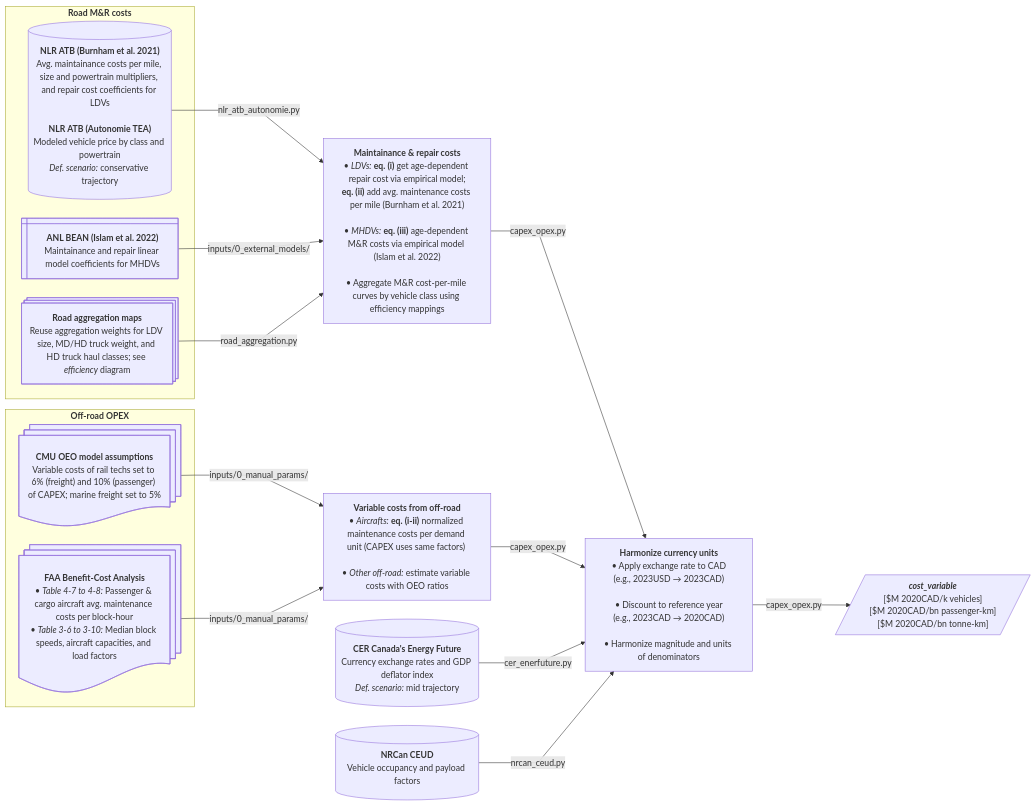
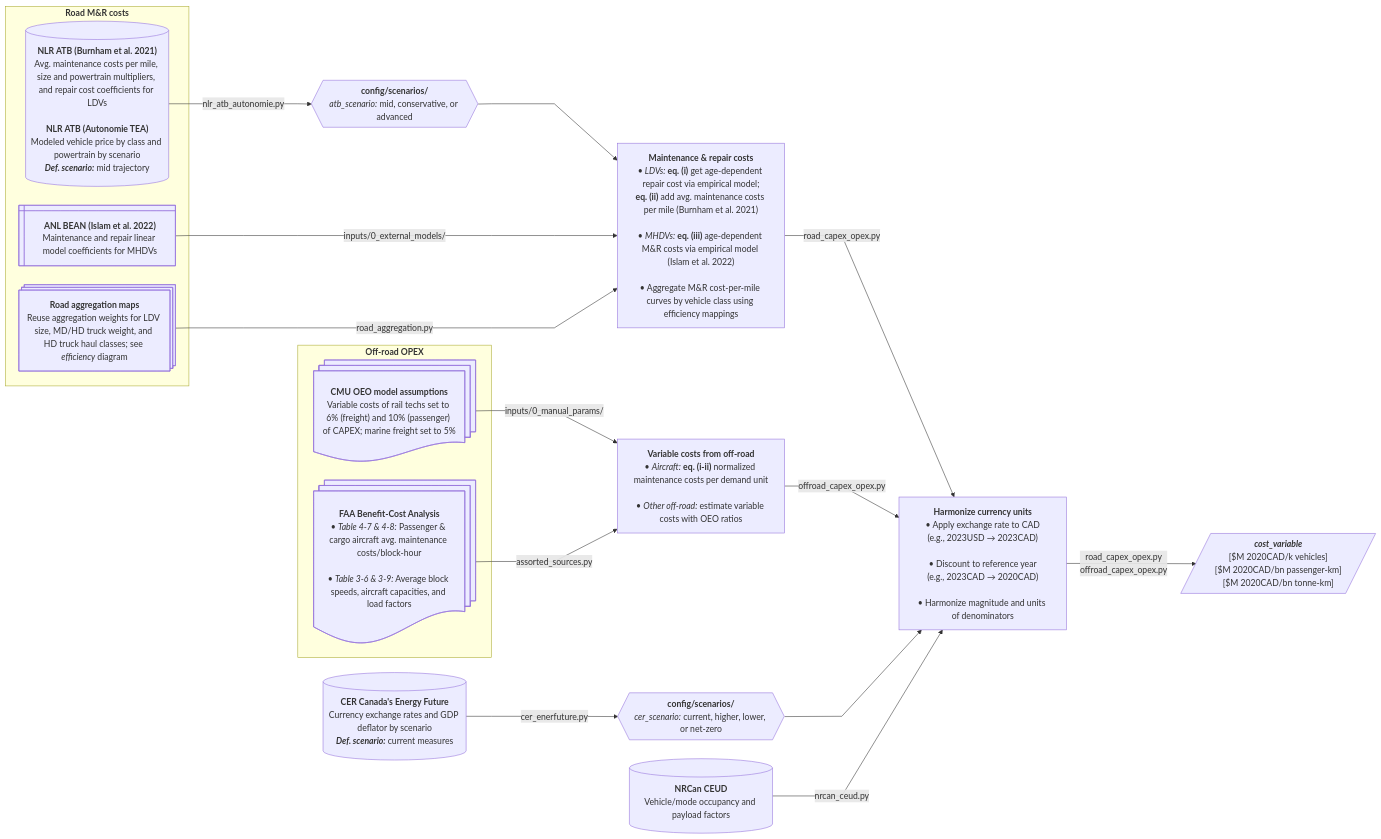
The tenth of 14 diagrams in README.md (CANOE-main/canoe-transportation), drawn with Mermaid before and after one commit. The commit also changed other lines of this file and 14 other files, not shown here.

```diff
--- a/README.md
+++ b/README.md
@@ -625,38 +896,71 @@
     curve: linear
 ---
 flowchart LR
+  %% ############ Sources ###########
   subgraph offroad["`**Off-road OPEX**`"]
-	  %% --- Sources ---
-	  s7@{shape: docs, label: "**CMU OEO model assumptions**<br>Variable costs of rail techs set to 6% (freight) and 10% (passenger) of CAPEX; marine freight set to 5%"}
-	  s8@{shape: docs, label: "**FAA Benefit-Cost Analysis**<br>• *Table 4-7 to 4-8:* Passenger & cargo aircraft avg. maintenance costs per block-hour<br>• *Table 3-6 to 3-10:* Median block speeds, aircraft capacities, and load factors"}
+    s7@{shape: docs, label: "**CMU OEO model assumptions**
+      Variable costs of rail techs set to 6% (freight) and 10% (passenger) of CAPEX; marine freight set to 5%"}
+    s8@{shape: docs, label: "**FAA Benefit-Cost Analysis**
+      • *Table 4-7 & 4-8:* Passenger & cargo aircraft avg. maintenance costs/block-hour<br>
+      • *Table 3-6 & 3-9:* Average block speeds, aircraft capacities, and load factors"}
   end
 
-  %% --- Processes ---
-  p3["`**Variable costs from off-road**<br>• *Aircrafts:* **eq. (i-ii)** normalized maintenance costs per demand unit (CAPEX uses same factors) <br><br>• *Other off-road:* estimate variable costs with OEO ratios`"]
-  s7 & s8 -- inputs/0_manual_params/ --> p3
+  %% ############ Processes ###########
+  p3["`**Variable costs from off-road**
+    • *Aircraft:* **eq. (i-ii)** normalized maintenance costs per demand unit<br>
+    • *Other off-road:* estimate variable costs with OEO ratios`"]
+  s7 -- inputs/0_manual_params/ --> p3
+  s8 -- assorted_sources.py --> p3
 
+  %% ############ Sources ###########
   subgraph road["`**Road M&R costs**`"]
-	  %% --- Sources ---
-	  s1@{shape: processes, label: "**Road aggregation maps**<br>Reuse aggregation weights for LDV size, MD/HD truck weight, and HD truck haul classes; see *efficiency* diagram"}
-	  s2[("`**NLR ATB (Burnham et al. 2021)**<br>Avg. maintainance costs per mile, size and powertrain multipliers, and repair cost coefficients for LDVs<br><br>**NLR ATB (Autonomie TEA)**<br>Modeled vehicle price by class and powertrain<br>*Def. scenario:* conservative trajectory`")]
-	  s3@{shape: win-pane, label: "**ANL BEAN (Islam et al. 2022)**<br>Maintainance and repair linear model coefficients for MHDVs"}
+    s1@{shape: processes, label: "**Road aggregation maps**
+      Reuse aggregation weights for LDV size, MD/HD truck weight, and HD truck haul classes; see *efficiency* diagram"}
+    s2[("`**NLR ATB (Burnham et al. 2021)**
+      Avg. maintenance costs per mile, size and powertrain multipliers, and repair cost coefficients for LDVs<br>
+      **NLR ATB (Autonomie TEA)**
+      Modeled vehicle price by class and powertrain by scenario
+      ***Def. scenario:*** mid trajectory`")]
+    s3@{shape: win-pane, label: "**ANL BEAN (Islam et al. 2022)**
+      Maintenance and repair linear model coefficients for MHDVs"}
   end
 
-  %% --- Processes ---
-  p2["`**Maintainance & repair costs**<br>• *LDVs:* **eq. (i)** get age-dependent repair cost via empirical model;<br>**eq. (ii)** add avg. maintenance costs per mile (Burnham et al. 2021)<br><br>• *MHDVs:* **eq. (iii)** age-dependent M&R costs via empirical model (Islam et al. 2022)<br><br>• Aggregate M&R cost-per-mile curves by vehicle class using efficiency mappings`"]
-  s2 -- nlr_atb_autonomie.py --> p2
+  %% ############ Processes ###########
+  p0_2@{shape: hex, label: "**config/scenarios/**
+    *atb_scenario:* mid, conservative, or advanced"}
+  p2["`**Maintenance & repair costs**
+    • *LDVs:* **eq. (i)** get age-dependent repair cost via empirical model;
+    **eq. (ii)** add avg. maintenance costs per mile (Burnham et al. 2021)<br>
+    • *MHDVs:* **eq. (iii)** age-dependent M&R costs via empirical model (Islam et al. 2022)<br>
+    • Aggregate M&R cost-per-mile curves by vehicle class using efficiency mappings`"]
+  s2 -- nlr_atb_autonomie.py --> p0_2 --> p2
   s3 -- inputs/0_external_models/ --> p2
   s1 -- road_aggregation.py --> p2
 
-  s0[("`**CER Canada's Energy Future**<br>Currency exchange rates and GDP deflator index<br>*Def. scenario:* mid trajectory`")]
-  s9[("`**NRCan CEUD**<br>Vehicle occupancy and payload factors`")]
-  p4["`**Harmonize currency units**<br>• Apply exchange rate to CAD<br>(e.g., 2023USD → 2023CAD)<br><br>• Discount to reference year<br>(e.g., 2023CAD → 2020CAD)<br><br>• Harmonize magnitude and units of denominators`"]
-  p2 -- capex_opex.py --> p4
-  p3 -- capex_opex.py --> p4
-  s0 -- cer_enerfuture.py --> p4
+  s0[("`**CER Canada's Energy Future**
+    Currency exchange rates and GDP deflator by scenario
+    ***Def. scenario:*** current measures`")]
+  s9[("`**NRCan CEUD**
+    Vehicle/mode occupancy and payload factors`")]
+
+  p0@{shape: hex, label: "**config/scenarios/**
+    *cer_scenario:* current, higher, lower, or net-zero"}
+  p4["`**Harmonize currency units**
+    • Apply exchange rate to CAD
+    (e.g., 2023USD → 2023CAD)<br>
+    • Discount to reference year
+    (e.g., 2023CAD → 2020CAD)<br>
+    • Harmonize magnitude and units of denominators`"]
+  p2 -- road_capex_opex.py --> p4
+  p3 -- offroad_capex_opex.py --> p4
+  s0 -- cer_enerfuture.py --> p0 --> p4
   s9 -- nrcan_ceud.py --> p4
 
-  p4 -- capex_opex.py --> o1[/"`***cost_variable***<br>[$M 2020CAD/k vehicles]<br>[$M 2020CAD/bn passenger-km]<br>[$M 2020CAD/bn tonne-km]`"/]
+  p4 -- road_capex_opex.py
+  offroad_capex_opex.py --> o1[/"`***cost_variable***
+    [$M 2020CAD/k vehicles]
+    [$M 2020CAD/bn passenger-km]
+    [$M 2020CAD/bn tonne-km]`"/]
 
   %% --- Hyperlinks ---
   click s9 "https://oee.nrcan.gc.ca/corporate/statistics/neud/dpa/menus/trends/comprehensive_tables/list.cfm"
```
